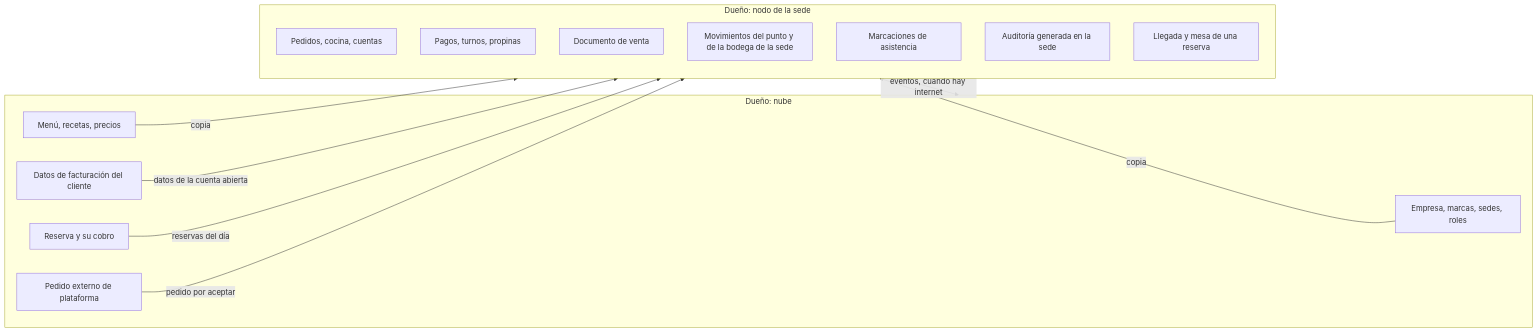
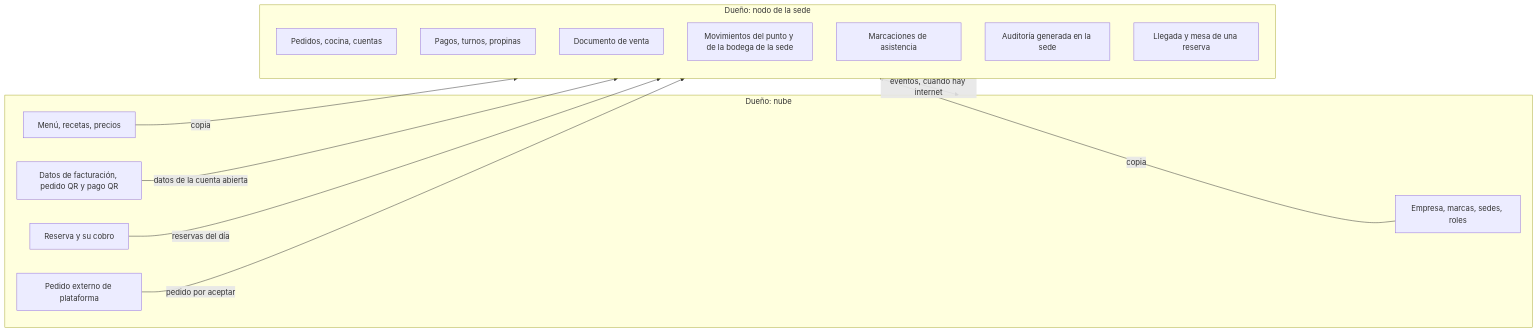
The first of 5 diagrams in docs/flujos/m0-plataforma.md (CesarJOtizM/blackHole), drawn with Mermaid before and after one commit. The commit also changed other lines of this file and 9 other files, not shown here.

Commit message:
Update documentation for modules M0 to M3, enhancing details on hybrid operation, QR-based ordering and payment processes, and versioning. Adjusted flow diagrams and descriptions to reflect new functionalities and improved clarity on system behavior during internet outages.

````diff
--- a/docs/flujos/m0-plataforma.md
+++ b/docs/flujos/m0-plataforma.md
@@ -24,27 +35,27 @@
 ```mermaid
 flowchart LR
   subgraph Nube["Dueño: nube"]
     CFG["Empresa, marcas, sedes, roles"]
     MENU["Menú, recetas, precios"]
-    PORTAL["Datos de facturación del cliente"]
+    PORTAL["Datos de facturación, pedido QR y pago QR"]
     EXT["Pedido externo de plataforma"]
     RES["Reserva y su cobro"]
   end
 
   subgraph Nodo["Dueño: nodo de la sede"]
     PED["Pedidos, cocina, cuentas"]
     CAJA["Pagos, turnos, propinas"]
     DOC["Documento de venta"]
     INV["Movimientos del punto y de la bodega de la sede"]
     MAR["Marcaciones de asistencia"]
     AUD["Auditoría generada en la sede"]
     ATE["Llegada y mesa de una reserva"]
   end
 
   CFG -->|"copia"| Nodo
   MENU -->|"copia"| Nodo
   PORTAL -->|"datos de la cuenta abierta"| Nodo
   RES -->|"reservas del día"| Nodo
   EXT -->|"pedido por aceptar"| Nodo
   Nodo -->|"eventos, cuando hay internet"| Nube
 ```
````
